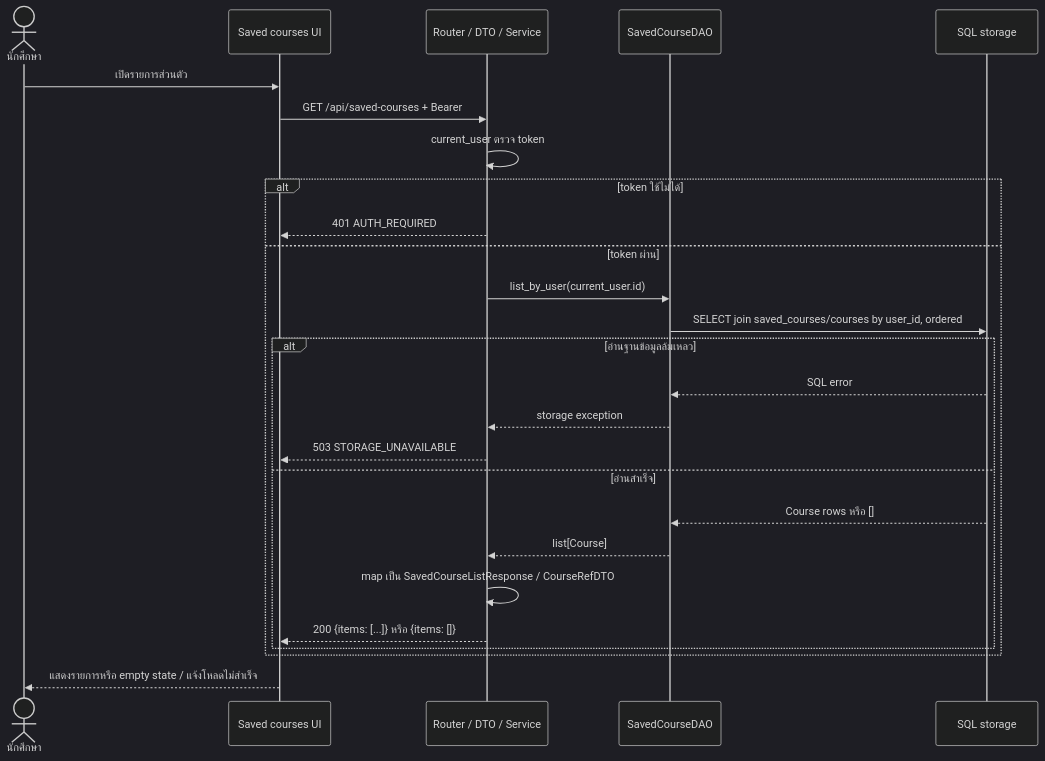
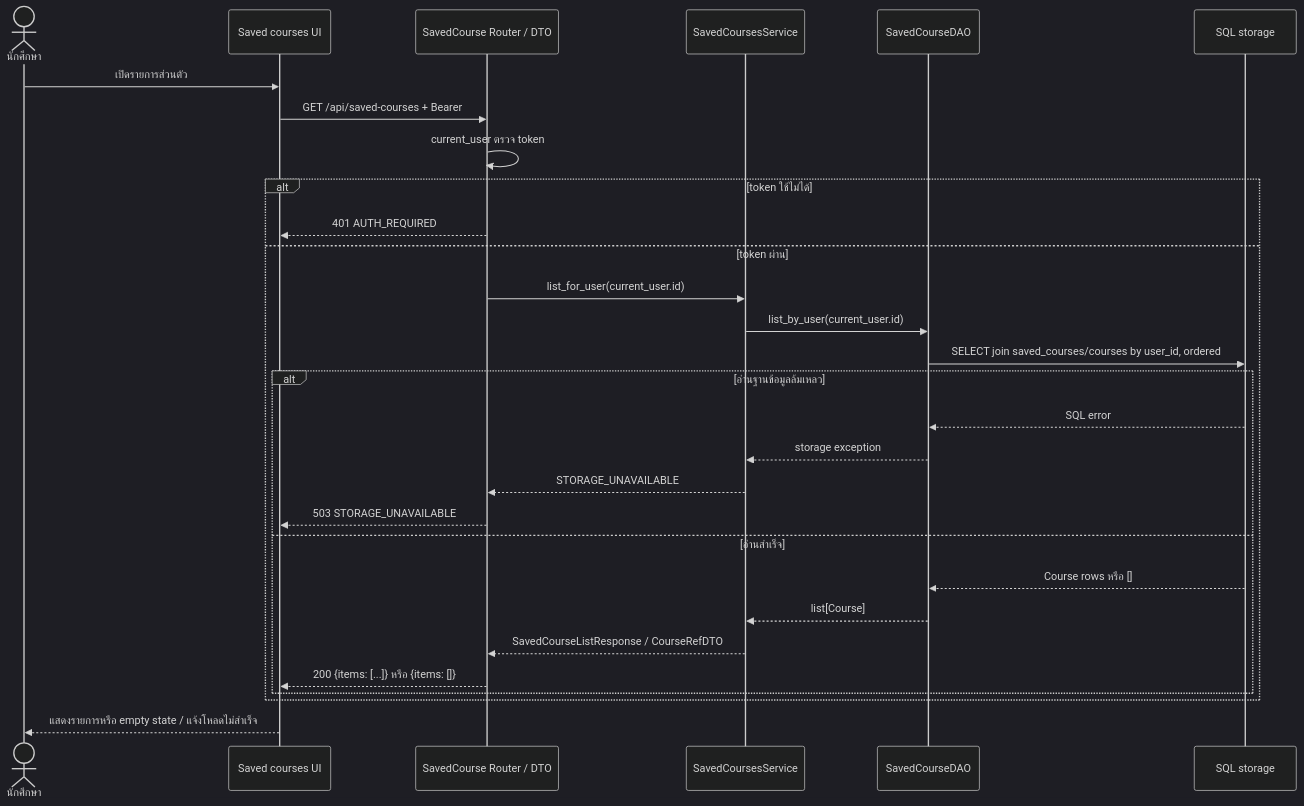
One commit to Lilieay/cs261-group4-100001 changed the second of 4 diagrams in docs/U10/design/task104-saved-courses-dao-and-sequences.md. Above: the diagram before and after it, drawn with Mermaid (dark theme). The commit also changed other lines of this file and 3 other files, not shown here.

````diff
--- a/docs/U10/design/task104-saved-courses-dao-and-sequences.md
+++ b/docs/U10/design/task104-saved-courses-dao-and-sequences.md
@@ -91,28 +109,31 @@
 ```mermaid
 sequenceDiagram
     actor Student as นักศึกษา
     participant UI as Saved courses UI
-    participant API as Router / DTO / Service
+    participant API as SavedCourse Router / DTO
+    participant SVC as SavedCoursesService
     participant DAO as SavedCourseDAO
     participant DB as SQL storage
     Student->>UI: เปิดรายการส่วนตัว
     UI->>API: GET /api/saved-courses + Bearer
     API->>API: current_user ตรวจ token
     alt token ใช้ไม่ได้
         API-->>UI: 401 AUTH_REQUIRED
     else token ผ่าน
-        API->>DAO: list_by_user(current_user.id)
+        API->>SVC: list_for_user(current_user.id)
+        SVC->>DAO: list_by_user(current_user.id)
         DAO->>DB: SELECT join saved_courses/courses by user_id, ordered
         alt อ่านฐานข้อมูลล้มเหลว
             DB-->>DAO: SQL error
-            DAO-->>API: storage exception
+            DAO-->>SVC: storage exception
+            SVC-->>API: STORAGE_UNAVAILABLE
             API-->>UI: 503 STORAGE_UNAVAILABLE
         else อ่านสำเร็จ
             DB-->>DAO: Course rows หรือ []
-            DAO-->>API: list[Course]
-            API->>API: map เป็น SavedCourseListResponse / CourseRefDTO
+            DAO-->>SVC: list[Course]
+            SVC-->>API: SavedCourseListResponse / CourseRefDTO
             API-->>UI: 200 {items: [...]} หรือ {items: []}
         end
     end
     UI-->>Student: แสดงรายการหรือ empty state / แจ้งโหลดไม่สำเร็จ
 ```
````
